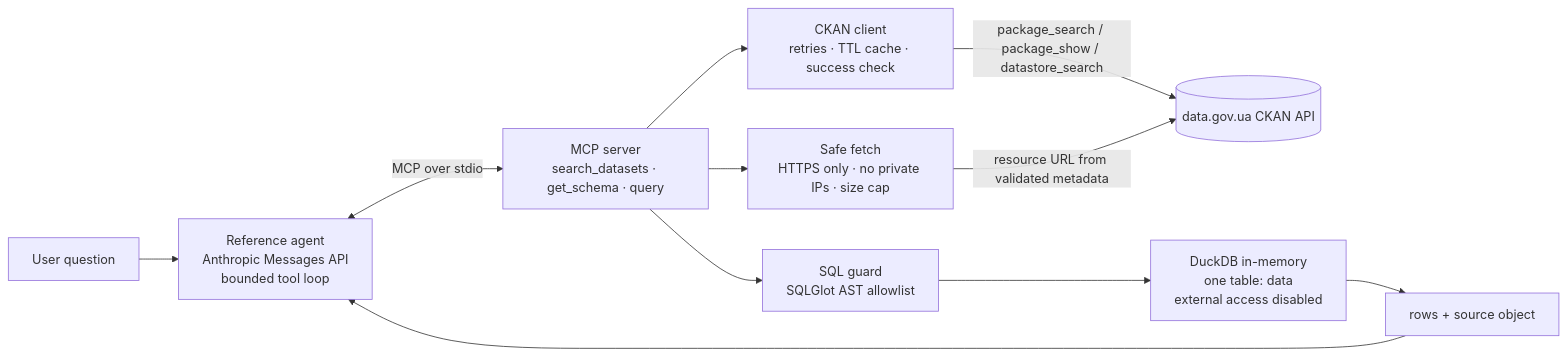
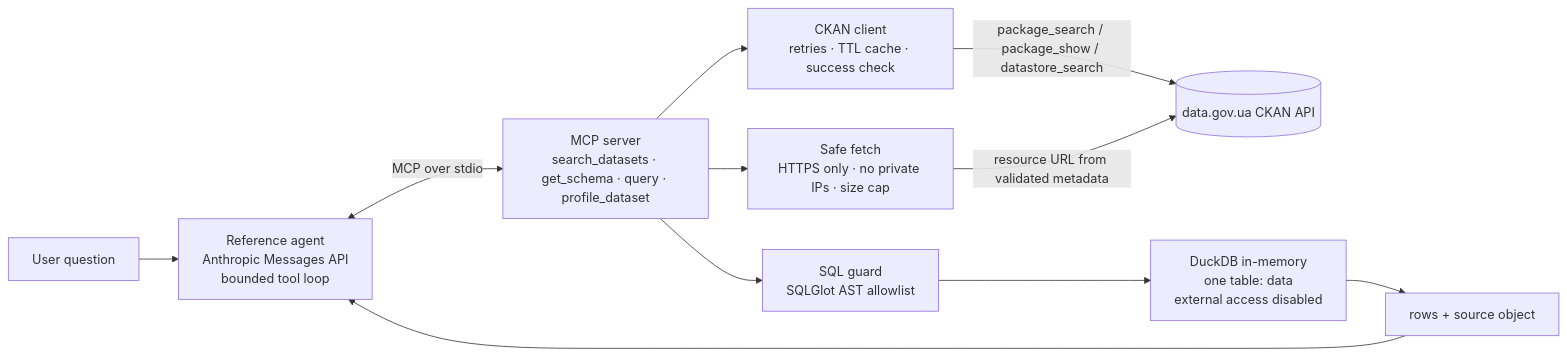
One commit to AnatoliiBalakiriev/Open-Data-MCP changed the diagram in README.md. Above: the diagram before and after it, drawn with Mermaid. The commit also changed other lines of this file and 20 other files, not shown here.

First line of the commit message:
Add profile_dataset: data-quality passport for a resource

````diff
--- a/README.md
+++ b/README.md
@@ -35,13 +35,13 @@
 ```mermaid
 flowchart LR
     U[User question] --> A[Reference agent<br/>Anthropic Messages API<br/>bounded tool loop]
-    A <-->|MCP over stdio| S[MCP server<br/>search_datasets · get_schema · query]
+    A <-->|MCP over stdio| S[MCP server<br/>search_datasets · get_schema · query · profile_dataset]
     S --> C[CKAN client<br/>retries · TTL cache · success check]
     S --> F[Safe fetch<br/>HTTPS only · no private IPs · size cap]
     C -->|package_search / package_show / datastore_search| P[(data.gov.ua CKAN API)]
     F -->|resource URL from validated metadata| P
     S --> Q[SQL guard<br/>SQLGlot AST allowlist]
     Q --> D[DuckDB in-memory<br/>one table: data<br/>external access disabled]
     D --> R[rows + source object]
     R --> A
 ```
````
